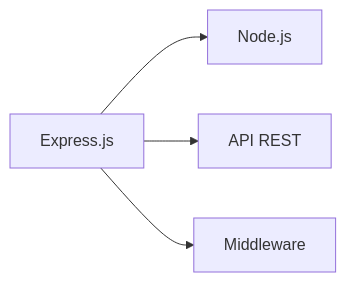
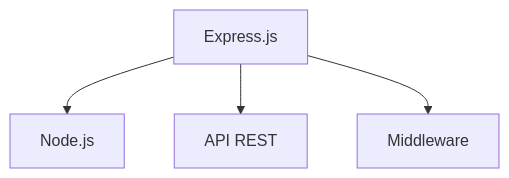
One commit to zyrass/omnydocs changed diagram 13 of 41 in docs/glossaire/developpement-web.md. Above: the diagram before and after it, drawn with Mermaid. The commit also changed other lines of this file and 1780 other files, not shown here.

````diff
--- a/docs/glossaire/developpement-web.md
+++ b/docs/glossaire/developpement-web.md
@@ -262,6 +316,6 @@
-    ```mermaid
-    graph LR
-        A[Express.js] --> B[Node.js]
-        A --> C[API REST]
-        A --> D[Middleware]
-    ```
+```mermaid
+graph TB
+    A[Express.js] --> B[Node.js]
+    A --> C[API REST]
+    A --> D[Middleware]
+```
````
